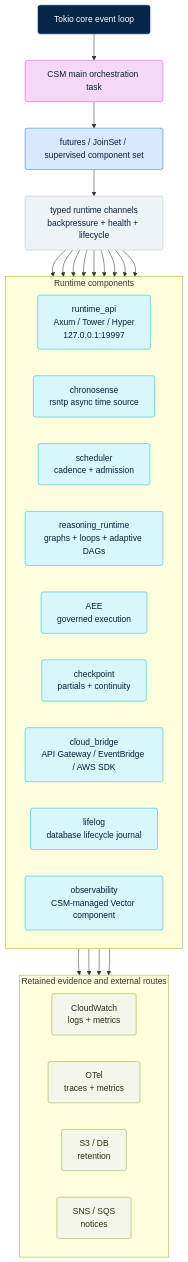
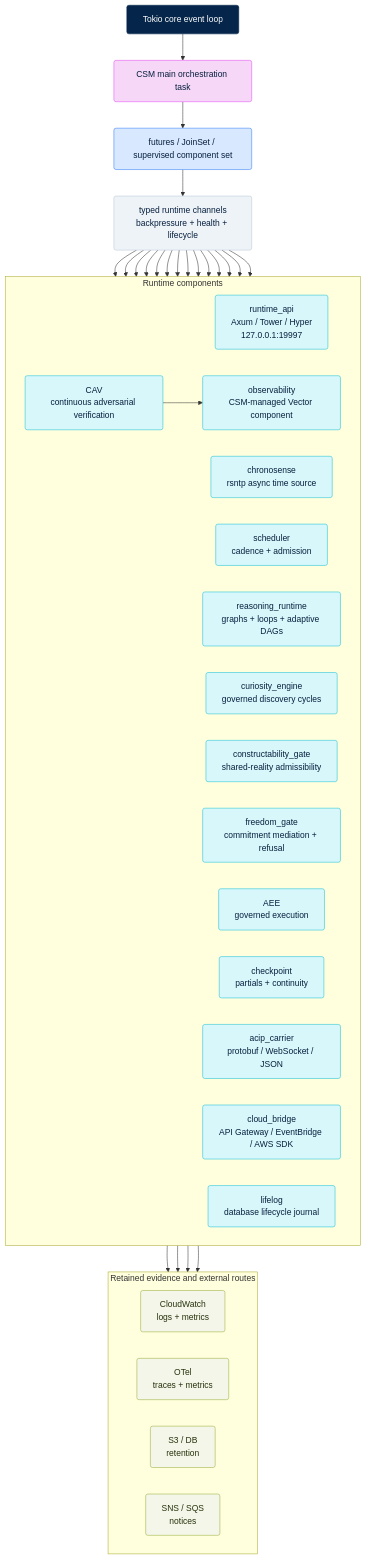
Before and after one commit to agent-logic/agent-design-language: the diagram in docs/milestones/v0.91.7/review/runtime/csm_runtime_topology_5068.mmd, drawn with Mermaid. The commit also changed 3 other files, not shown here.

```diff
--- a/docs/milestones/v0.91.7/review/runtime/csm_runtime_topology_5068.mmd
+++ b/docs/milestones/v0.91.7/review/runtime/csm_runtime_topology_5068.mmd
@@ -1,57 +1,68 @@
 flowchart TD
   tokio["Tokio core event loop"]
   main["CSM main orchestration task"]
   supervisor["futures / JoinSet / supervised component set"]
   bus["typed runtime channels<br/>backpressure + health + lifecycle"]
 
   tokio --> main --> supervisor --> bus
 
   subgraph components["Runtime components"]
     direction LR
     api["runtime_api<br/>Axum / Tower / Hyper<br/>127.0.0.1:19997"]
     chronosense["chronosense<br/>rsntp async time source"]
     scheduler["scheduler<br/>cadence + admission"]
     reasoning["reasoning_runtime<br/>graphs + loops + adaptive DAGs"]
+    curiosity["curiosity_engine<br/>governed discovery cycles"]
+    constructability["constructability_gate<br/>shared-reality admissibility"]
+    freedom["freedom_gate<br/>commitment mediation + refusal"]
     aee["AEE<br/>governed execution"]
     checkpoint["checkpoint<br/>partials + continuity"]
+    acip["acip_carrier<br/>protobuf / WebSocket / JSON"]
+    cav["CAV<br/>continuous adversarial verification"]
     cloud["cloud_bridge<br/>API Gateway / EventBridge / AWS SDK"]
     lifelog["lifelog<br/>database lifecycle journal"]
     observability["observability<br/>CSM-managed Vector component"]
   end
 
   bus --> api
   bus --> chronosense
   bus --> scheduler
   bus --> reasoning
+  bus --> curiosity
+  bus --> constructability
+  bus --> freedom
   bus --> aee
   bus --> checkpoint
+  bus --> acip
+  bus --> cav
   bus --> cloud
   bus --> lifelog
   bus --> observability
 
   subgraph sinks["Retained evidence and external routes"]
     direction LR
     cloudwatch["CloudWatch<br/>logs + metrics"]
     otel["OTel<br/>traces + metrics"]
     storage["S3 / DB<br/>retention"]
     notices["SNS / SQS<br/>notices"]
   end
 
   observability --> cloudwatch
   observability --> otel
   lifelog --> storage
   cloud --> notices
+  cav --> observability
 
   classDef core fill:#05264a,stroke:#05264a,color:#ffffff,rx:4,ry:4;
   classDef task fill:#f6d7f7,stroke:#e34cf2,color:#061f3d,rx:4,ry:4;
   classDef set fill:#d8e8ff,stroke:#2f7df6,color:#061f3d,rx:4,ry:4;
   classDef bus fill:#eef3f8,stroke:#b9c7d3,color:#061f3d,rx:4,ry:4;
   classDef component fill:#d7f7fb,stroke:#18bfd6,color:#061f3d,rx:4,ry:4;
   classDef sink fill:#f3f6e8,stroke:#9aae39,color:#26310c,rx:4,ry:4;
 
   class tokio core;
   class main task;
   class supervisor set;
   class bus bus;
-  class api,chronosense,scheduler,reasoning,aee,checkpoint,cloud,lifelog,observability component;
+  class api,chronosense,scheduler,reasoning,curiosity,constructability,freedom,aee,checkpoint,acip,cav,cloud,lifelog,observability component;
   class cloudwatch,otel,storage,notices sink;
```
